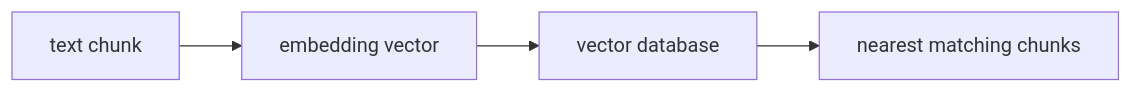
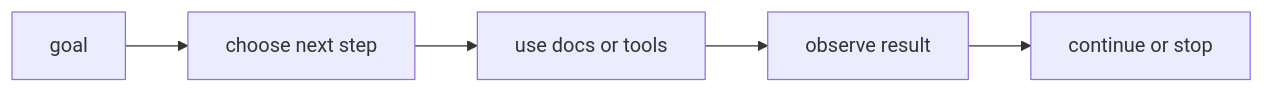
Before and after one commit to devchan64/AiBook: the diagram in docs/parts/part-05/chapter-13/section-01.md, drawn with Mermaid. The commit also changed other lines of this file and 47 other files, not shown here.

````diff
--- a/docs/parts/part-05/chapter-13/section-01.md
+++ b/docs/parts/part-05/chapter-13/section-01.md
@@ -118,9 +168,10 @@
 ```mermaid
 flowchart LR
-  A["text chunk"]
-  B["embedding vector"]
-  C["vector database"]
-  D["nearest matching chunks"]
+  A["goal"]
+  B["choose next step"]
+  C["use docs or tools"]
+  D["observe result"]
+  E["continue or stop"]
 
-  A --> B --> C --> D
+  A --> B --> C --> D --> E
 ```
````
